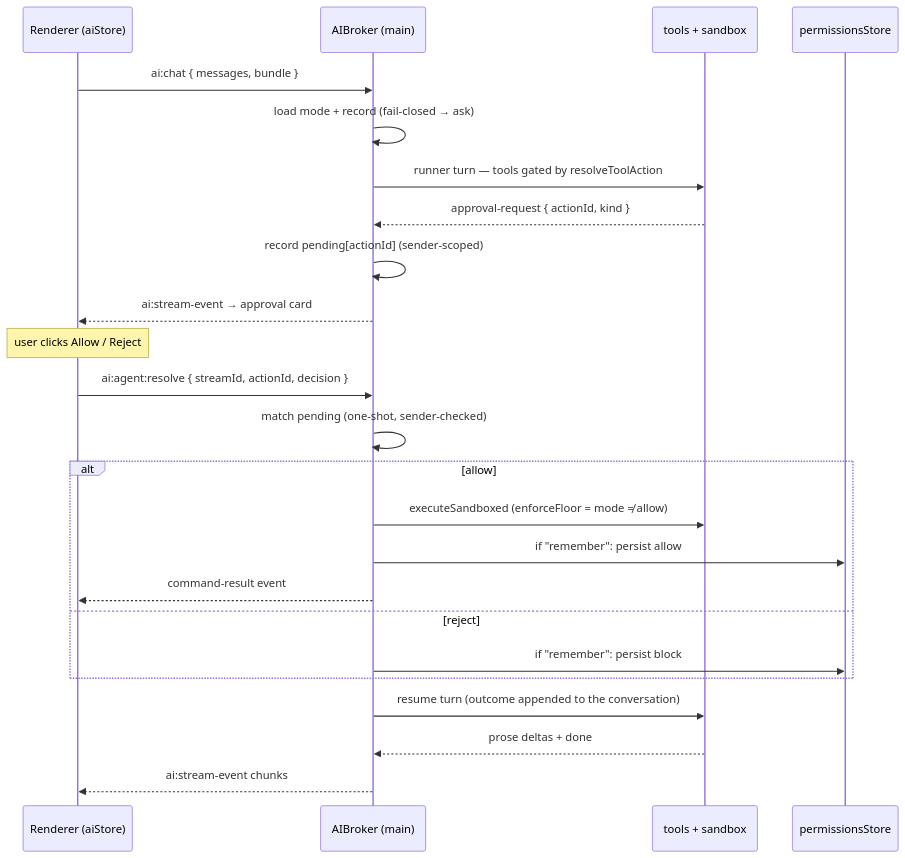
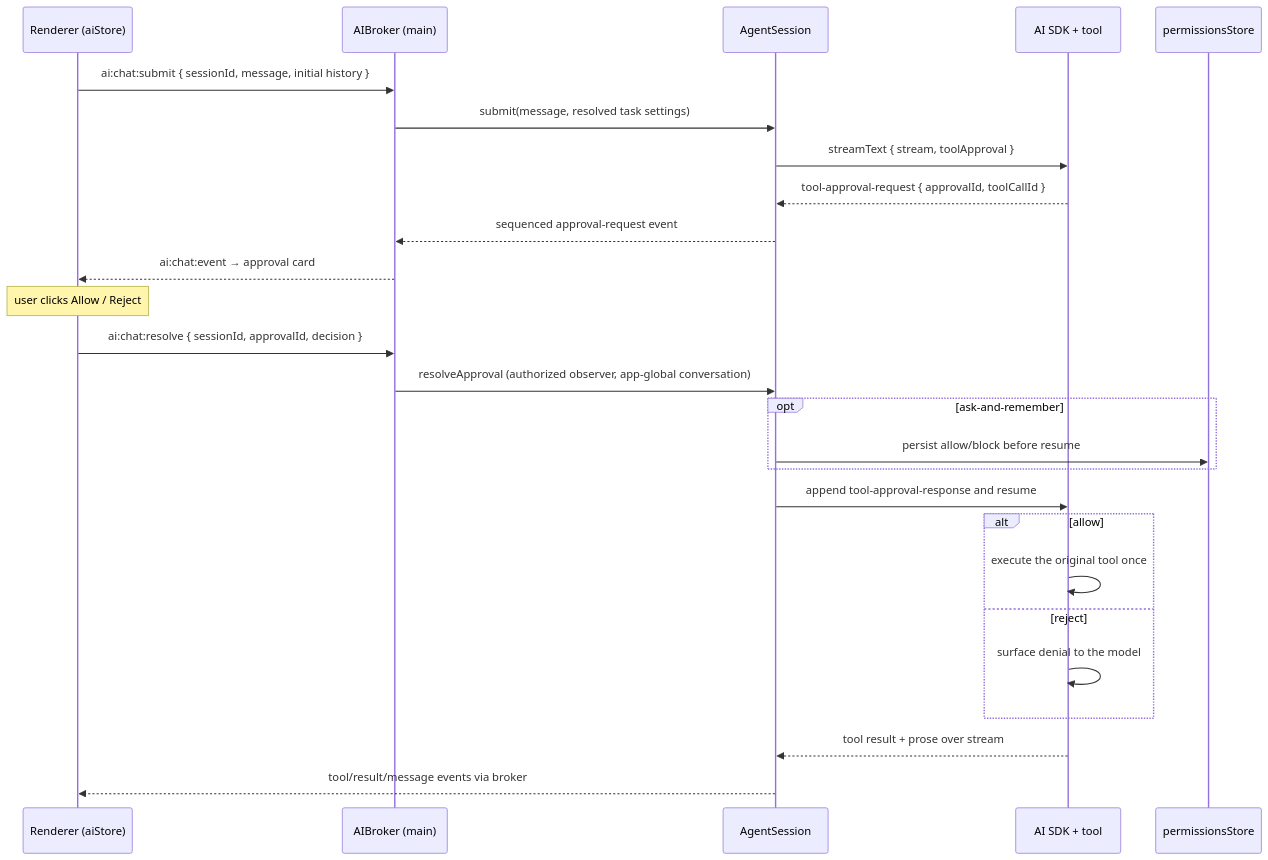
The fourth of 5 diagrams in docs/architecture/ai-subsystem.md (iongion/container-desktop), drawn with Mermaid before and after one commit. The commit also changed other lines of this file and 1187 other files, not shown here.

````diff
--- a/docs/architecture/ai-subsystem.md
+++ b/docs/architecture/ai-subsystem.md
@@ -198,26 +217,28 @@
 ```mermaid
 sequenceDiagram
   participant R as Renderer (aiStore)
   participant B as AIBroker (main)
-  participant T as tools + sandbox
+  participant S as AgentSession
+  participant SDK as AI SDK + tool
   participant P as permissionsStore
-  R->>B: ai:chat { messages, bundle }
-  B->>B: load mode + record (fail-closed → ask)
-  B->>T: runner turn — tools gated by resolveToolAction
-  T-->>B: approval-request { actionId, kind }
-  B->>B: record pending[actionId] (sender-scoped)
-  B-->>R: ai:stream-event → approval card
+  R->>B: ai:chat:submit { sessionId, message, initial history }
+  B->>S: submit(message, resolved task settings)
+  S->>SDK: streamText { stream, toolApproval }
+  SDK-->>S: tool-approval-request { approvalId, toolCallId }
+  S-->>B: sequenced approval-request event
+  B-->>R: ai:chat:event → approval card
   Note over R: user clicks Allow / Reject
-  R->>B: ai:agent:resolve { streamId, actionId, decision }
-  B->>B: match pending (one-shot, sender-checked)
+  R->>B: ai:chat:resolve { sessionId, approvalId, decision }
+  B->>S: resolveApproval (authorized observer, app-global conversation)
+  opt ask-and-remember
+    S->>P: persist allow/block before resume
+  end
+  S->>SDK: append tool-approval-response and resume
   alt allow
-    B->>T: executeSandboxed (enforceFloor = mode ≠ allow)
-    B->>P: if "remember": persist allow
-    B-->>R: command-result event
+    SDK->>SDK: execute the original tool once
   else reject
-    B->>P: if "remember": persist block
+    SDK->>SDK: surface denial to the model
   end
-  B->>T: resume turn (outcome appended to the conversation)
-  T-->>B: prose deltas + done
-  B-->>R: ai:stream-event chunks
+  SDK-->>S: tool result + prose over stream
+  S-->>R: tool/result/message events via broker
 ```
````
